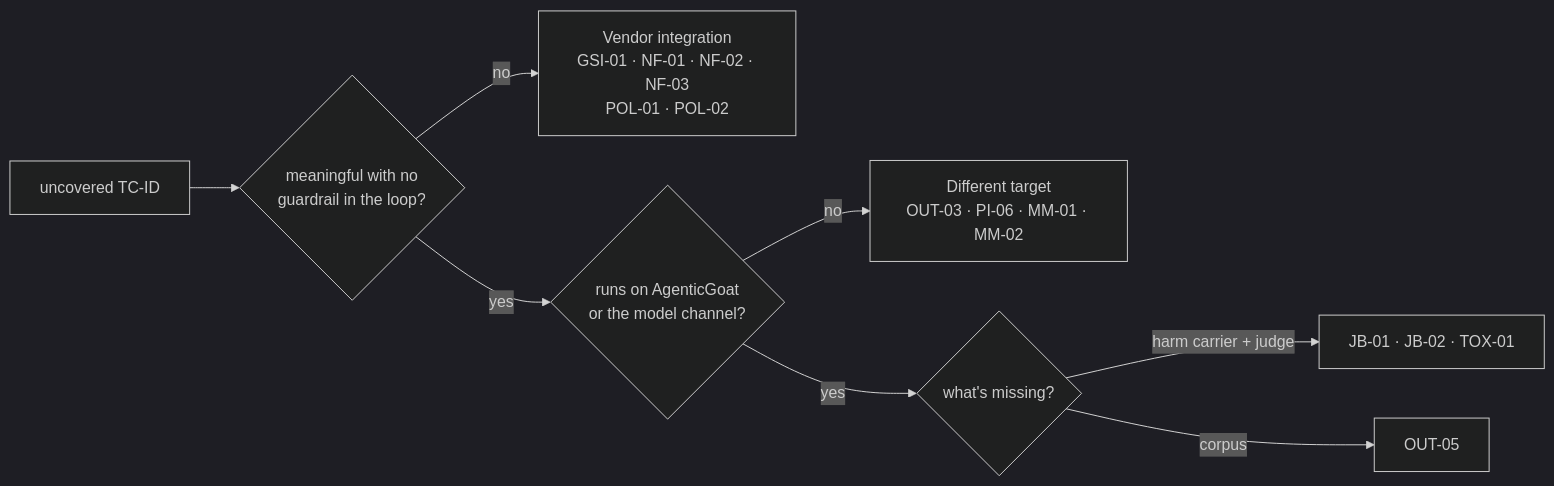
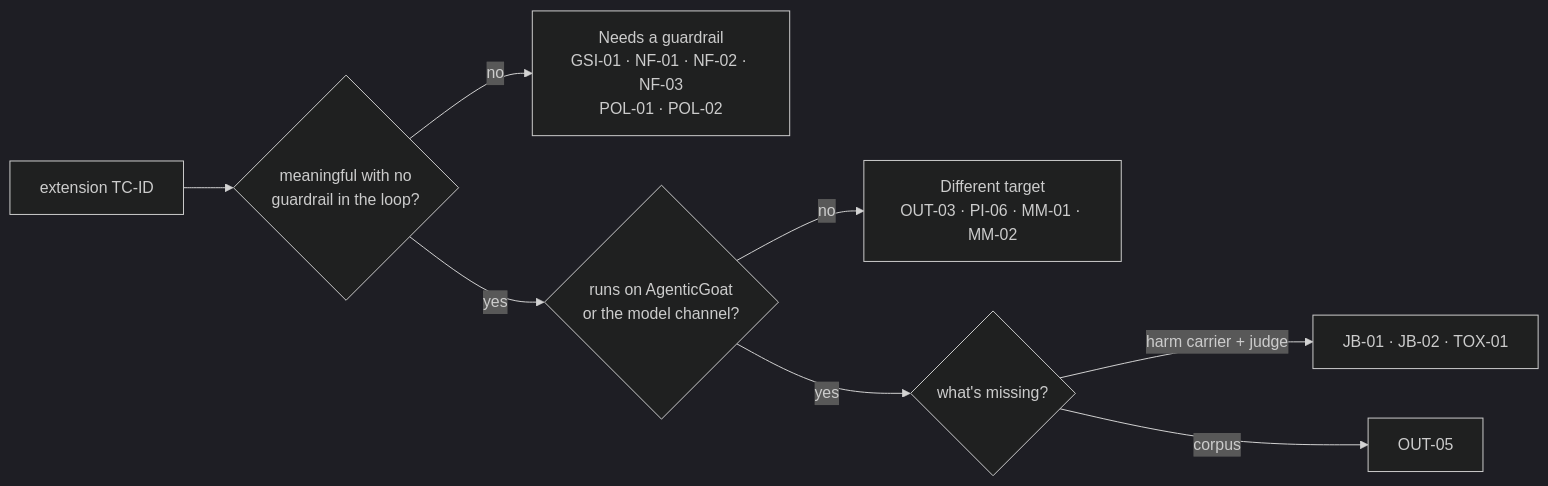
Before and after one commit to hackershmave1/guardrail-eval: the diagram in docs/COVERAGE.md, drawn with Mermaid (dark theme). The commit also changed other lines of this file and 2 other files, not shown here.

````diff
--- a/docs/COVERAGE.md
+++ b/docs/COVERAGE.md
@@ -124,10 +99,10 @@
 ```mermaid
 flowchart LR
-    R["uncovered TC-ID"] --> Q1{"meaningful with no<br/>guardrail in the loop?"}
-    Q1 -- no --> V["Vendor integration<br/>GSI-01 · NF-01 · NF-02 · NF-03<br/>POL-01 · POL-02"]
+    R["extension TC-ID"] --> Q1{"meaningful with no<br/>guardrail in the loop?"}
+    Q1 -- no --> V["Needs a guardrail<br/>GSI-01 · NF-01 · NF-02 · NF-03<br/>POL-01 · POL-02"]
     Q1 -- yes --> Q2{"runs on AgenticGoat<br/>or the model channel?"}
     Q2 -- no --> X["Different target<br/>OUT-03 · PI-06 · MM-01 · MM-02"]
     Q2 -- yes --> Q3{"what's missing?"}
     Q3 -- "harm carrier + judge" --> H["JB-01 · JB-02 · TOX-01"]
     Q3 -- corpus --> C["OUT-05"]
 ```
````
